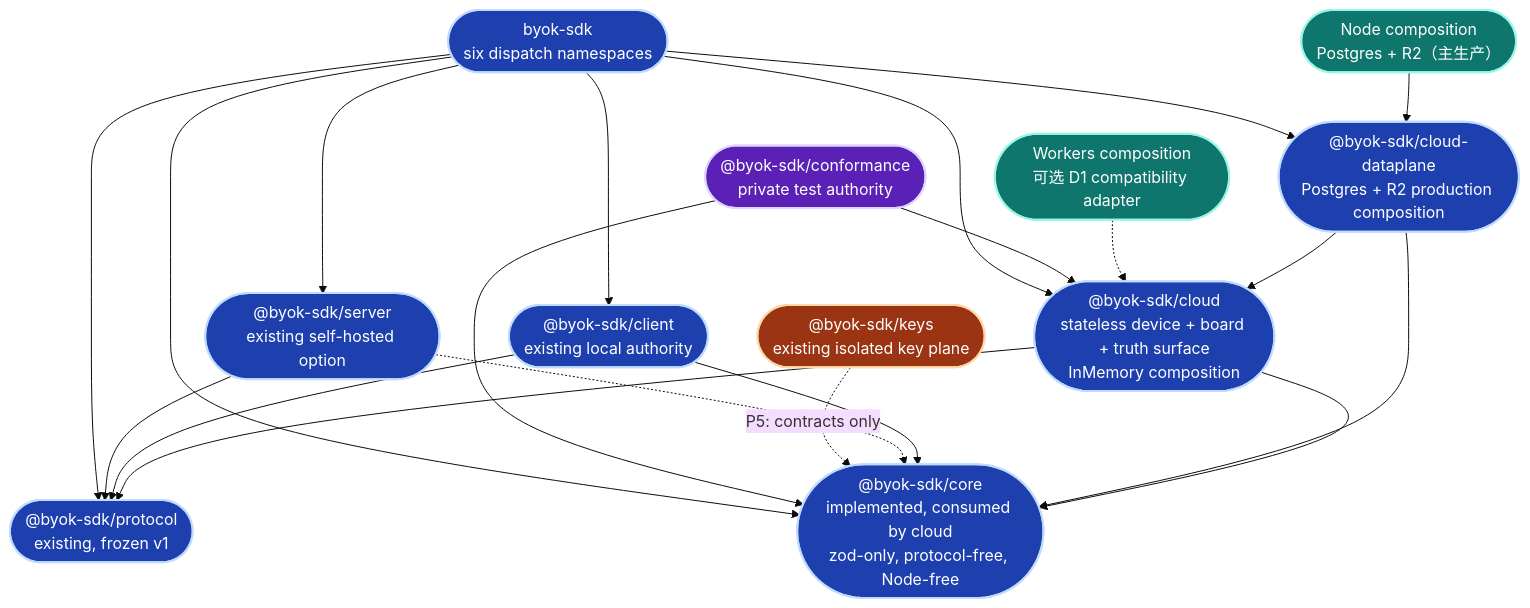
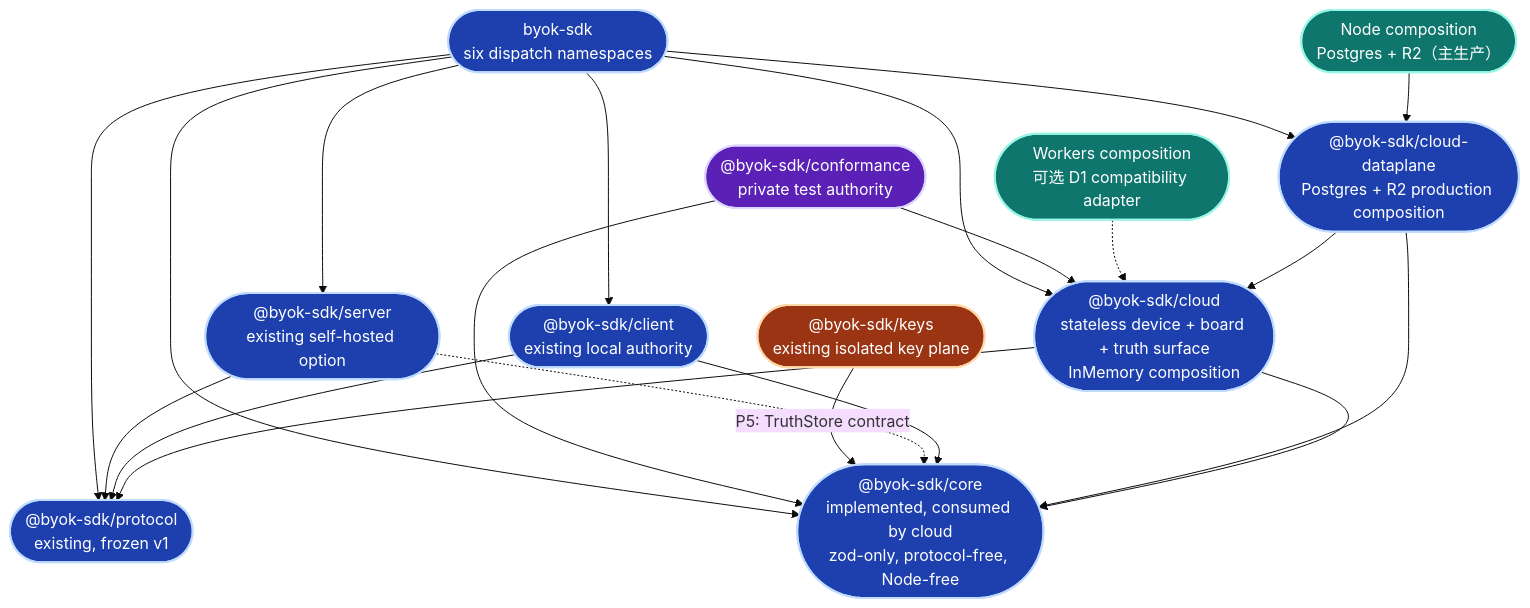
One commit to Ancienttwo/byok-sdk changed diagram 16 of 23 in docs/architecture/sdk-architecture.md. Above: the diagram before and after it, drawn with Mermaid (base theme). The commit also changed other lines of this file and 23 other files, not shown here.

Commit message:
feat(keys): persist provider profiles in TruthStore

````diff
--- a/docs/architecture/sdk-architecture.md
+++ b/docs/architecture/sdk-architecture.md
@@ -1008,39 +1008,39 @@
 ```mermaid
 flowchart TB
   classDef existing fill:#1e40af,stroke:#bfdbfe,stroke-width:2px,color:#fff
   classDef planned fill:#5b21b6,stroke:#ddd6fe,stroke-width:2px,color:#fff
   classDef isolated fill:#9a3412,stroke:#fed7aa,stroke-width:2px,color:#fff
   classDef deploy fill:#0f766e,stroke:#99f6e4,stroke-width:2px,color:#fff
 
   Protocol(["@byok-sdk/protocol<br/>existing, frozen v1"]):::existing
   Core(["@byok-sdk/core<br/>implemented, consumed by cloud<br/>zod-only, protocol-free, Node-free"]):::existing
   Cloud(["@byok-sdk/cloud<br/>stateless device + board + truth surface<br/>InMemory composition"]):::existing
   CloudPg(["@byok-sdk/cloud-dataplane<br/>Postgres + R2 production composition"]):::existing
   Client(["@byok-sdk/client<br/>existing local authority"]):::existing
   Server(["@byok-sdk/server<br/>existing self-hosted option"]):::existing
   SDK(["byok-sdk<br/>six dispatch namespaces"]):::existing
   Conformance(["@byok-sdk/conformance<br/>private test authority"]):::planned
   Keys(["@byok-sdk/keys<br/>existing isolated key plane"]):::isolated
   Node(["Node composition<br/>Postgres + R2（主生产）"]):::deploy
   Workers(["Workers composition<br/>可选 D1 compatibility adapter"]):::deploy
 
   Cloud --> Core
   Cloud --> Protocol
   CloudPg --> Cloud
   CloudPg --> Core
   Client --> Core
   Client --> Protocol
   Server -.-> Core
   Server --> Protocol
-  Keys -.->|"P5: contracts only"| Core
+  Keys -->|"P5: TruthStore contract"| Core
   Node --> CloudPg
   Workers -.-> Cloud
   Conformance --> Cloud
   Conformance --> Core
   SDK --> Protocol
   SDK --> Server
   SDK --> Client
   SDK --> Core
   SDK --> Cloud
   SDK --> CloudPg
 ```
````
